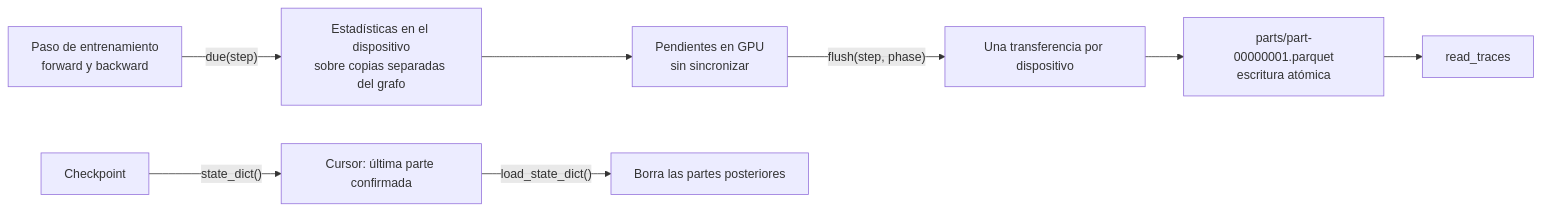
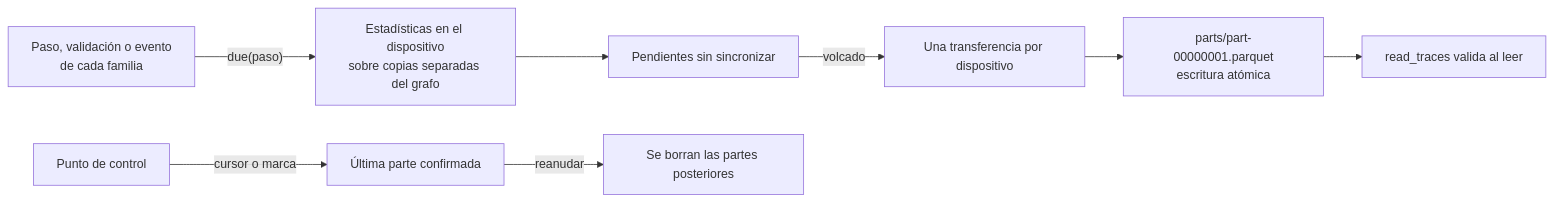
The diagram in docs/research/learning-traces.md (GonxKZ/mars-titan), drawn with Mermaid before and after one commit. The commit also changed other lines of this file and 3 other files, not shown here.

````diff
--- a/docs/research/learning-traces.md
+++ b/docs/research/learning-traces.md
@@ -9,10 +9,10 @@
 ```mermaid
 flowchart LR
-    A["Paso de entrenamiento<br/>forward y backward"] -->|"due(step)"| B["Estadísticas en el dispositivo<br/>sobre copias separadas del grafo"]
-    B --> C["Pendientes en GPU<br/>sin sincronizar"]
-    C -->|"flush(step, phase)"| D["Una transferencia por dispositivo"]
+    A["Paso, validación o evento<br/>de cada familia"] -->|"due(paso)"| B["Estadísticas en el dispositivo<br/>sobre copias separadas del grafo"]
+    B --> C["Pendientes sin sincronizar"]
+    C -->|"volcado"| D["Una transferencia por dispositivo"]
     D --> E["parts/part-00000001.parquet<br/>escritura atómica"]
-    E --> F["read_traces"]
-    G["Checkpoint"] -->|"state_dict()"| H["Cursor: última parte confirmada"]
-    H -->|"load_state_dict()"| I["Borra las partes posteriores"]
+    E --> F["read_traces valida al leer"]
+    G["Punto de control"] -->|"cursor o marca"| H["Última parte confirmada"]
+    H -->|"reanudar"| I["Se borran las partes posteriores"]
 ```
````
